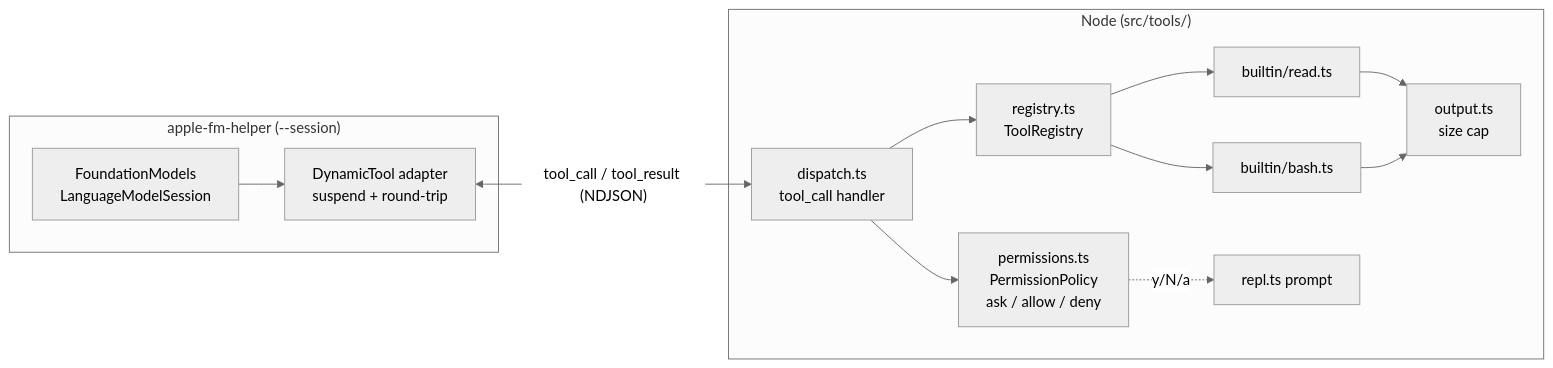
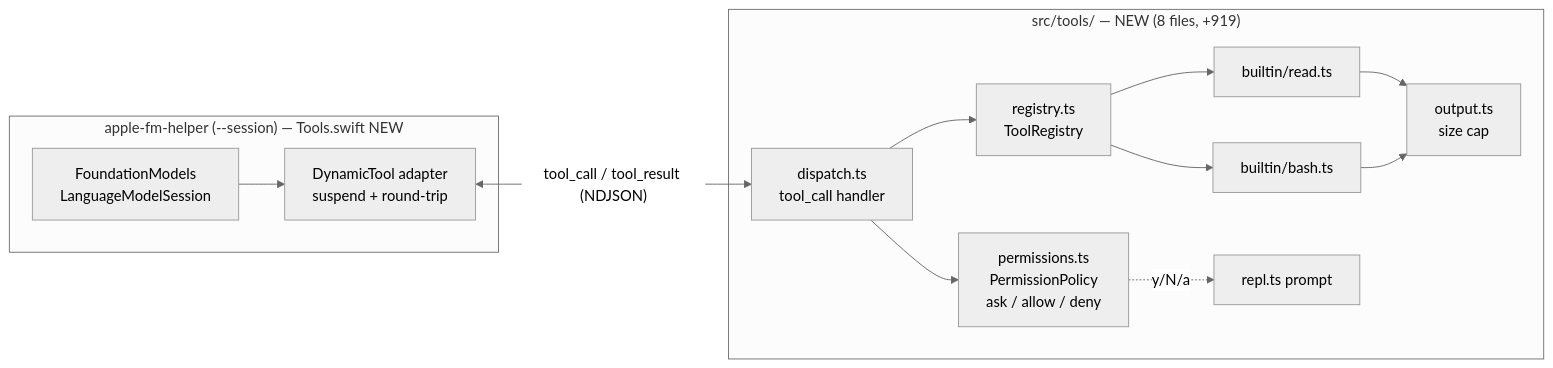
The first of 2 diagrams in docs/technical-changelog/v1.0.1-v1.2.md (brianwestphal/apple-fm), drawn with Mermaid (neutral theme) before and after one commit. The commit also changed other lines of this file, not shown here.

````diff
--- a/docs/technical-changelog/v1.0.1-v1.2.md
+++ b/docs/technical-changelog/v1.0.1-v1.2.md
@@ -30,16 +51,16 @@
 ```mermaid
 flowchart LR
-  subgraph Swift["apple-fm-helper (--session)"]
+  subgraph Swift["apple-fm-helper (--session) — Tools.swift NEW"]
     M["FoundationModels<br/>LanguageModelSession"] --> DT["DynamicTool adapter<br/>suspend + round-trip"]
   end
-  subgraph Node["Node (src/tools/)"]
+  subgraph Node["src/tools/ — NEW (8 files, +919)"]
     DISP["dispatch.ts<br/>tool_call handler"] --> REG["registry.ts<br/>ToolRegistry"]
     DISP --> PERM["permissions.ts<br/>PermissionPolicy<br/>ask / allow / deny"]
     REG --> READ["builtin/read.ts"]
     REG --> BASH["builtin/bash.ts"]
     PERM -. "y/N/a" .-> REPL["repl.ts prompt"]
     READ --> CAP["output.ts<br/>size cap"]
     BASH --> CAP
   end
   DT <-->|"tool_call / tool_result (NDJSON)"| DISP
 ```
````
